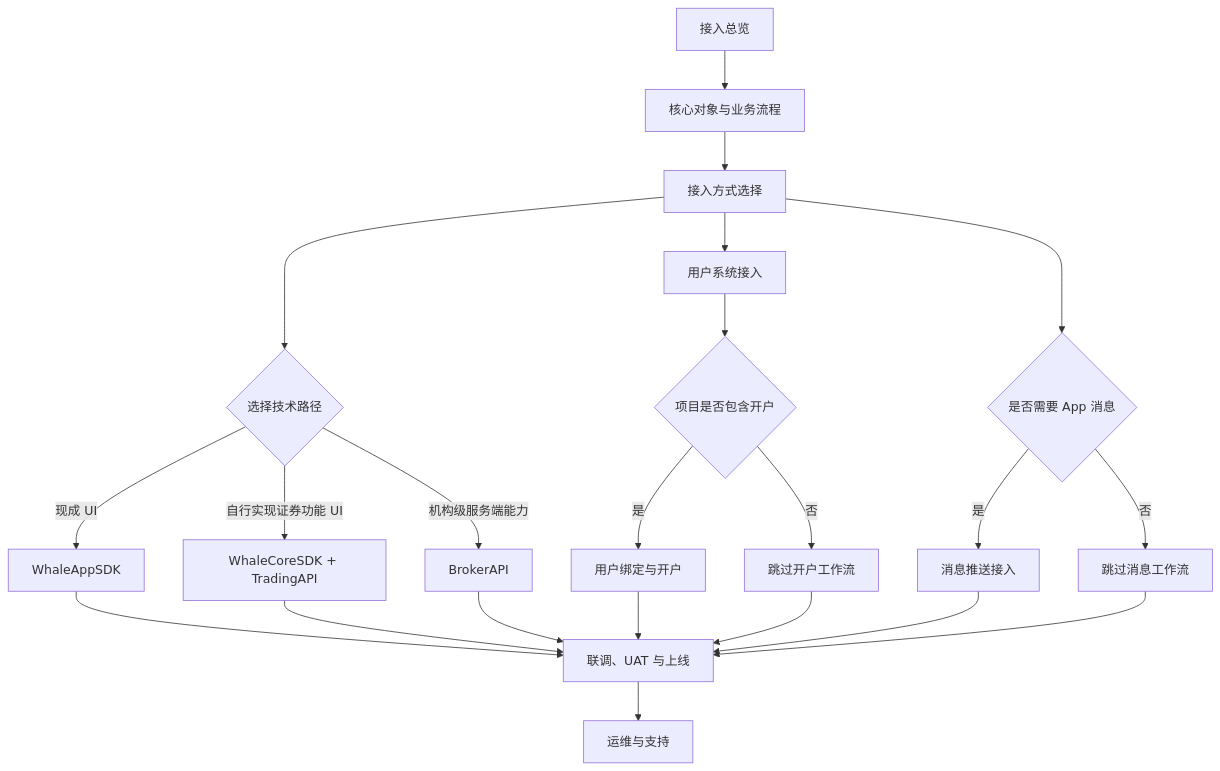
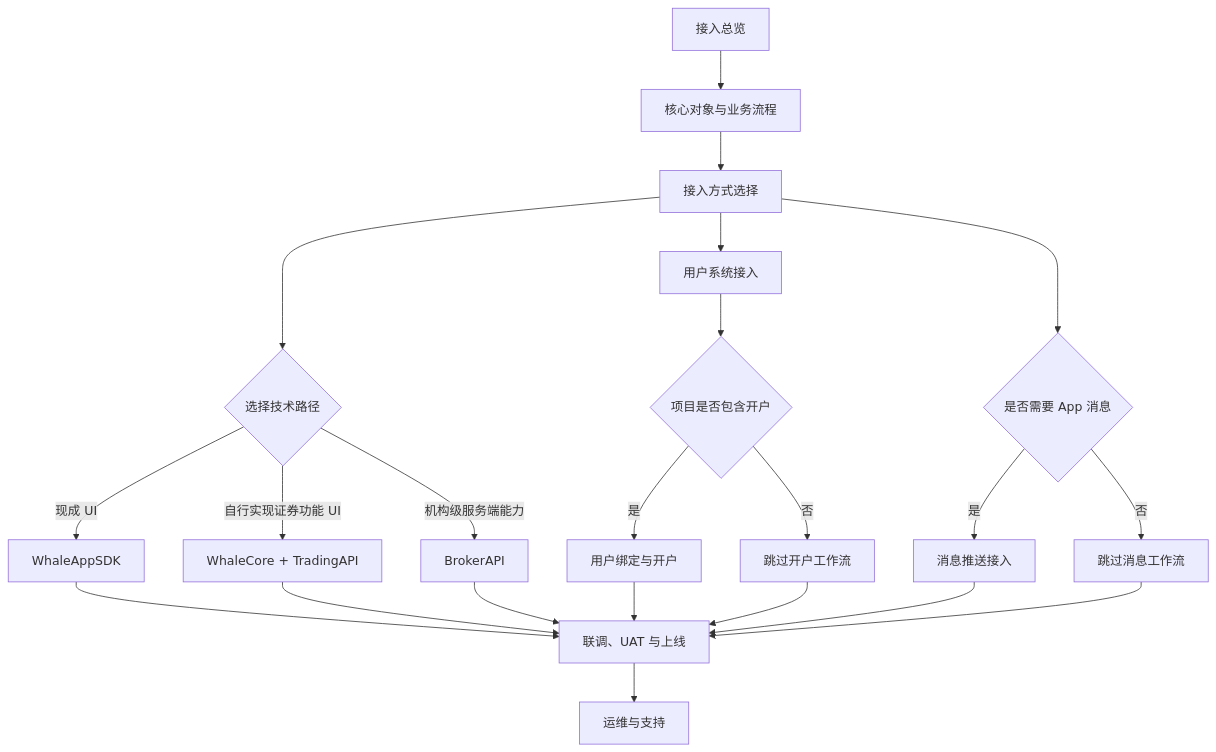
Before and after one commit to longbridge/whale-docs: the first of 2 diagrams in docs/zh-CN/docs/broker-onboarding.mdx, drawn with Mermaid. The commit also changed other lines of this file and 58 other files, not shown here.

First line of the commit message:
docs: clarify TradingAPI runs through WhaleCore, rename WhaleCoreSDK to WhaleCore, and sync SDK/TradingAPI updates (#70)

````diff
--- a/docs/zh-CN/docs/broker-onboarding.mdx
+++ b/docs/zh-CN/docs/broker-onboarding.mdx
@@ -14,24 +14,24 @@
 ```mermaid
 flowchart TD
     A[接入总览] --> B[核心对象与业务流程]
     B --> C[接入方式选择]
     C --> D{选择技术路径}
     D -->|现成 UI| E[WhaleAppSDK]
-    D -->|自行实现证券功能 UI| F[WhaleCoreSDK + TradingAPI]
+    D -->|自行实现证券功能 UI| F[WhaleCore + TradingAPI]
     D -->|机构级服务端能力| G[BrokerAPI]
     C --> H[用户系统接入]
     H --> I{项目是否包含开户}
     I -->|是| J[用户绑定与开户]
     I -->|否| K[跳过开户工作流]
     C --> L{是否需要 App 消息}
     L -->|是| M[消息推送接入]
     L -->|否| N[跳过消息工作流]
     E --> O[联调、UAT 与上线]
     F --> O
     G --> O
     J --> O
     K --> O
     M --> O
     N --> O
     O --> P[运维与支持]
 ```
````
